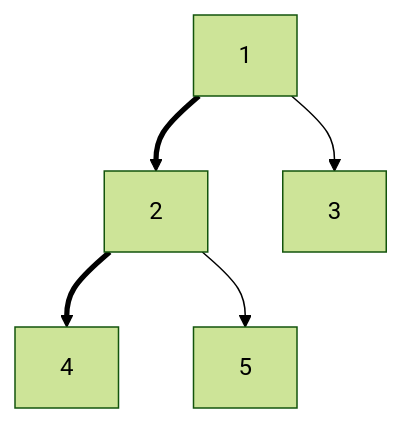
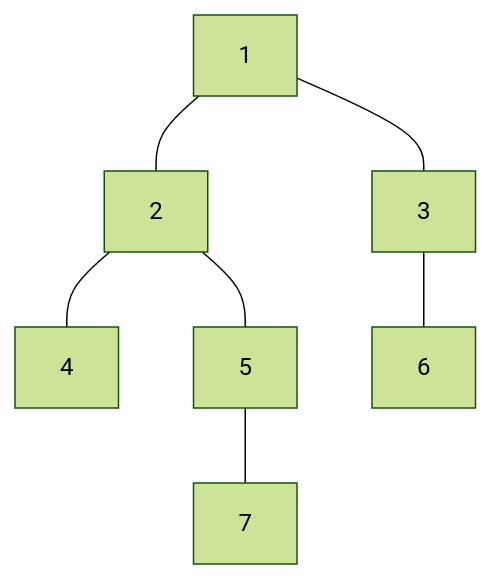
The diagram in tap-4-chuyen-de-nang-cao/bai-4-3-euler-hld/README.md (vantupham/ebook-lap-trinh-thi-dau), drawn with Mermaid (forest theme) before and after one commit. The commit also changed other lines of this file and 992 other files, not shown here.

````diff
--- a/tap-4-chuyen-de-nang-cao/bai-4-3-euler-hld/README.md
+++ b/tap-4-chuyen-de-nang-cao/bai-4-3-euler-hld/README.md
@@ -77,7 +29,9 @@
 ```mermaid
 flowchart TD
-    1 ==> 2
-    1 --> 3
-    2 ==> 4
-    2 --> 5
+    1 --- 2
+    1 --- 3
+    2 --- 4
+    2 --- 5
+    5 --- 7
+    3 --- 6
 ```
````
